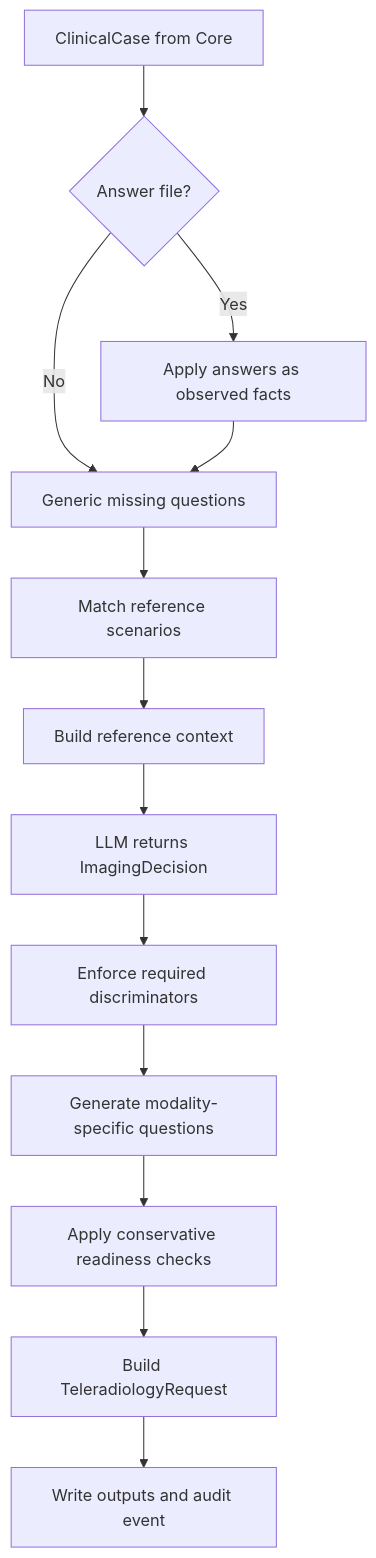
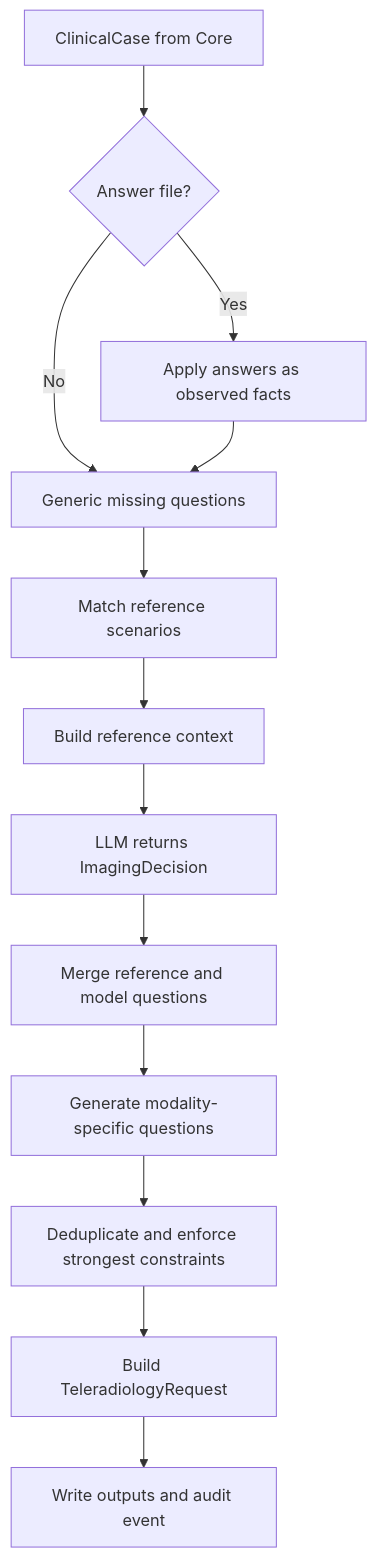
Before and after one commit to Thibescobar/bulkinout: the diagram in docs/request.md, drawn with Mermaid. The commit also changed other lines of this file and 45 other files, not shown here.

````diff
--- a/docs/request.md
+++ b/docs/request.md
@@ -7,15 +7,15 @@
 ```mermaid
 flowchart TD
     A[ClinicalCase from Core] --> B{Answer file?}
     B -- Yes --> C[Apply answers as observed facts]
     B -- No --> D[Generic missing questions]
     C --> D
     D --> E[Match reference scenarios]
     E --> F[Build reference context]
     F --> G[LLM returns ImagingDecision]
-    G --> H[Enforce required discriminators]
+    G --> H[Merge reference and model questions]
     H --> I[Generate modality-specific questions]
-    I --> J[Apply conservative readiness checks]
+    I --> J[Deduplicate and enforce strongest constraints]
     J --> K[Build TeleradiologyRequest]
     K --> L[Write outputs and audit event]
 ```
````
